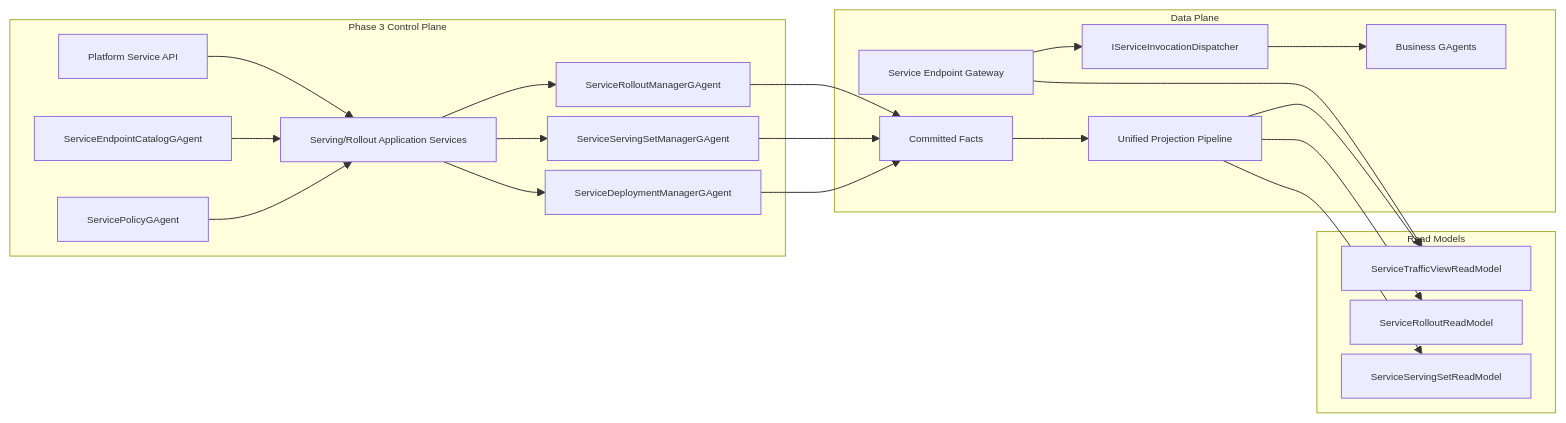
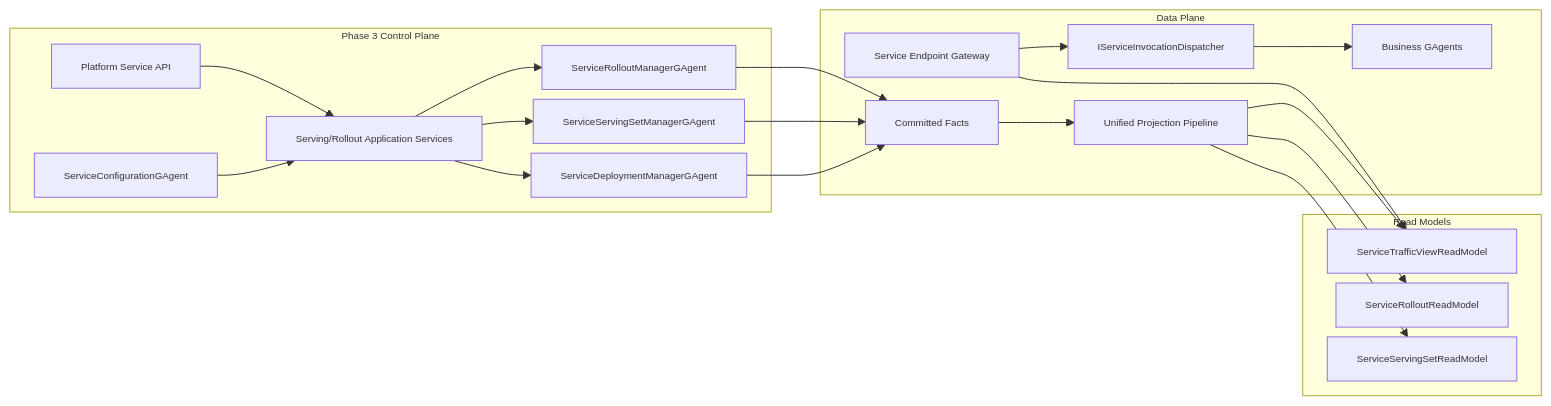
One commit to aevatarAI/aevatar changed the diagram in docs/architecture/2026-03-15-gagent-service-phase-3-serving-rollout-blueprint.md. Above: the diagram before and after it, drawn with Mermaid. The commit also changed other lines of this file and 141 other files, not shown here.

First line of the commit message:
Update GAgent Service Architecture Documents and Refactor Query Interfaces

````diff
--- a/docs/architecture/2026-03-15-gagent-service-phase-3-serving-rollout-blueprint.md
+++ b/docs/architecture/2026-03-15-gagent-service-phase-3-serving-rollout-blueprint.md
@@ -158,44 +156,42 @@
 ```mermaid
 %%{init: {"maxTextSize": 100000, "flowchart": {"useMaxWidth": false, "nodeSpacing": 10, "rankSpacing": 50}, "themeVariables": {"fontSize": "10px"}}}%%
 flowchart LR
     subgraph cp ["Phase 3 Control Plane"]
         API["Platform Service API"]
         APP["Serving/Rollout Application Services"]
         DEP["ServiceDeploymentManagerGAgent"]
         SSET["ServiceServingSetManagerGAgent"]
         ROLL["ServiceRolloutManagerGAgent"]
-        EPC["ServiceEndpointCatalogGAgent"]
-        POL["ServicePolicyGAgent"]
+        CFG["ServiceConfigurationGAgent"]
     end
 
     subgraph rm ["Read Models"]
         SSETRM["ServiceServingSetReadModel"]
         ROLLRM["ServiceRolloutReadModel"]
         TRM["ServiceTrafficViewReadModel"]
     end
 
     subgraph dp ["Data Plane"]
         GW["Service Endpoint Gateway"]
         DISP["IServiceInvocationDispatcher"]
         ACT["Business GAgents"]
         EVT["Committed Facts"]
         PROJ["Unified Projection Pipeline"]
     end
 
     API --> APP
     APP --> DEP
     APP --> SSET
     APP --> ROLL
-    EPC --> APP
-    POL --> APP
+    CFG --> APP
     SSET --> EVT
     ROLL --> EVT
     DEP --> EVT
     EVT --> PROJ
     PROJ --> SSETRM
     PROJ --> ROLLRM
     PROJ --> TRM
     GW --> TRM
     GW --> DISP
     DISP --> ACT
 ```
````
